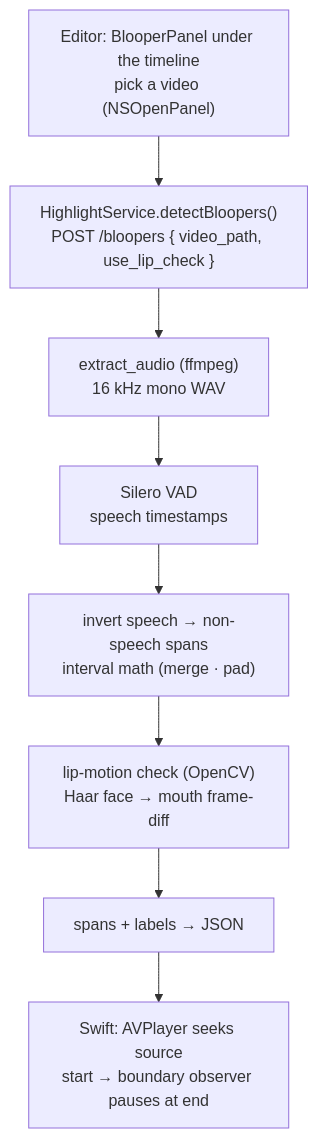
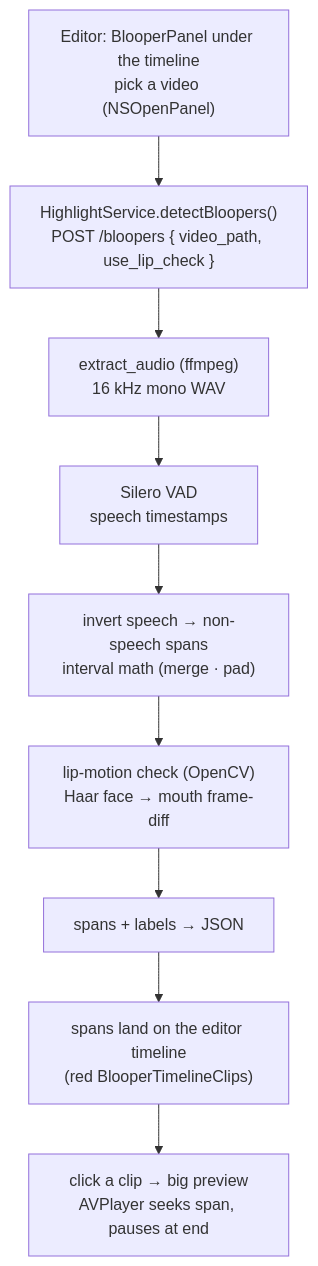
The diagram in docs/blooper-workflow.md (angiebow/apple-tldw), drawn with Mermaid before and after one commit. The commit also changed other lines of this file and 2 other files, not shown here.

Commit message:
feat: selectable blooper clips

````diff
--- a/docs/blooper-workflow.md
+++ b/docs/blooper-workflow.md
@@ -20,10 +20,11 @@
 ```mermaid
 flowchart TD
     A["Editor: BlooperPanel under the timeline<br/>pick a video (NSOpenPanel)"] --> B["HighlightService.detectBloopers()<br/>POST /bloopers { video_path, use_lip_check }"]
     B --> C["extract_audio (ffmpeg)<br/>16 kHz mono WAV"]
     C --> D["Silero VAD<br/>speech timestamps"]
     D --> E["invert speech → non-speech spans<br/>interval math (merge · pad)"]
     E --> F["lip-motion check (OpenCV)<br/>Haar face → mouth frame-diff"]
     F --> G["spans + labels → JSON"]
-    G --> H["Swift: AVPlayer seeks source<br/>start → boundary observer pauses at end"]
+    G --> H["spans land on the editor timeline<br/>(red BlooperTimelineClips)"]
+    H --> I["click a clip → big preview<br/>AVPlayer seeks span, pauses at end"]
 ```
````
